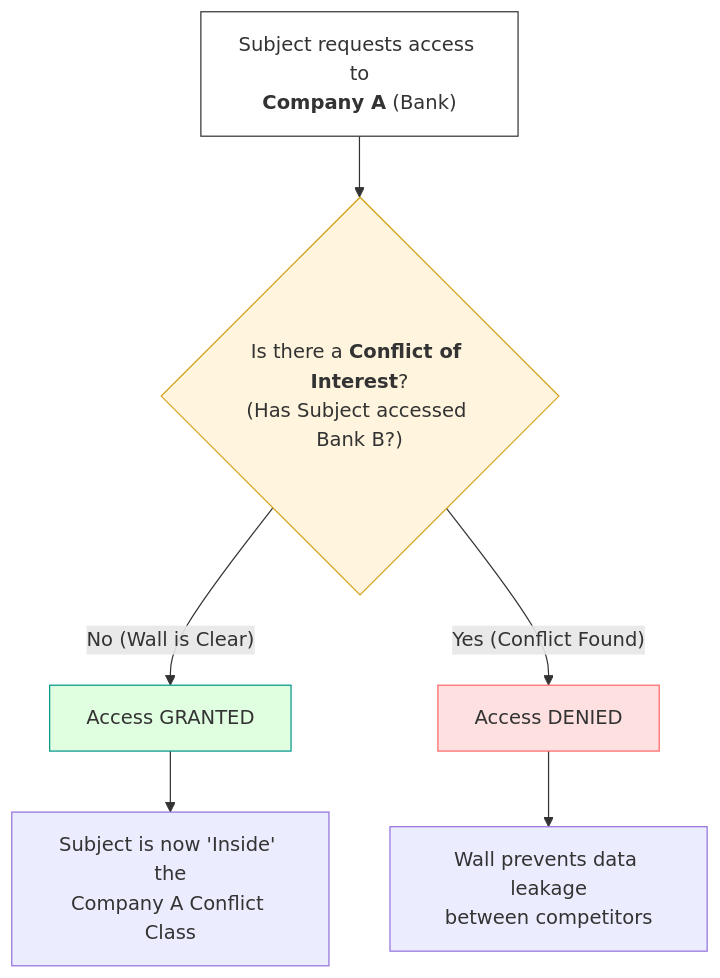
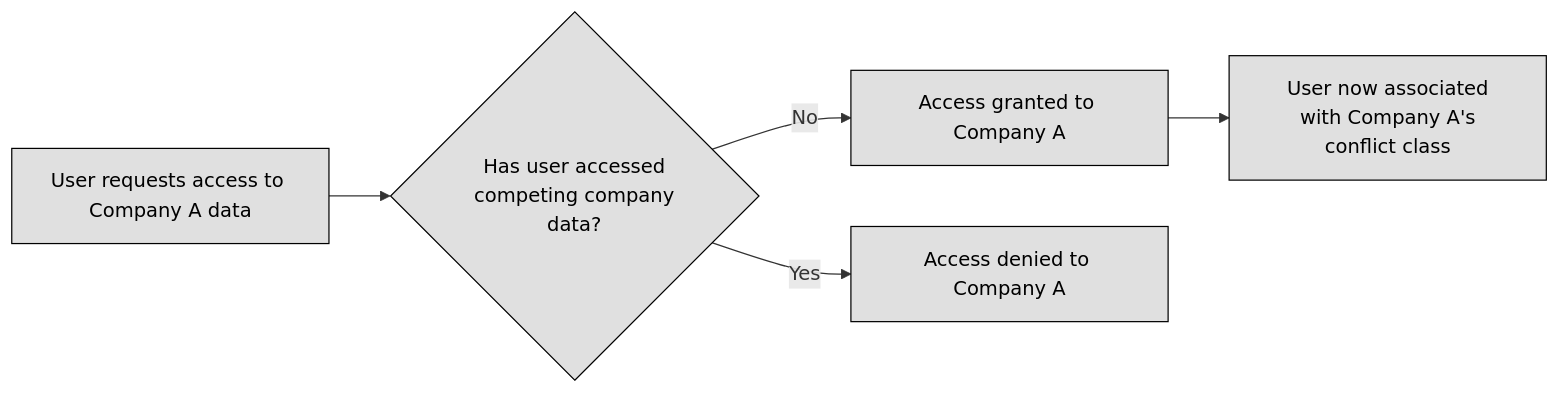
Diagram 13 of 15 in DOMAIN3: Security Architecture and Engineering/3.02 Understand the fundamental concepts of security models (e.g. Biba, Star Model, Bell Lapadula).md (lorenzoleonelli/CISSP-Zero-to-Hero), drawn with Mermaid before and after one commit. The commit also changed other lines of this file, not shown here.

````diff
--- a/DOMAIN3: Security Architecture and Engineering/3.02 Understand the fundamental concepts of security models (e.g. Biba, Star Model, Bell Lapadula).md
+++ b/DOMAIN3: Security Architecture and Engineering/3.02 Understand the fundamental concepts of security models (e.g. Biba, Star Model, Bell Lapadula).md
@@ -525,15 +482,11 @@
 ```mermaid
-flowchart TD
-    A["Subject requests access to<br/><b>Company A</b> (Bank)"] --> B{"Is there a <b>Conflict of Interest</b>?<br/>(Has Subject accessed Bank B?)"}
-    
-    B -- "No (Wall is Clear)" --> C["Access GRANTED"]
-    C --> D["Subject is now 'Inside' the<br/>Company A Conflict Class"]
-    
-    B -- "Yes (Conflict Found)" --> E["Access DENIED"]
-    E --> F["Wall prevents data leakage<br/>between competitors"]
+flowchart LR
+    A[User requests access to Company A data] --> B{Has user accessed<br> competing company data?}
+    B -- No --> C[Access granted to Company A]
+    C --> D[User now associated<br> with Company A's conflict class]
+    B -- Yes --> E[Access denied to Company A]
 
-    style A fill:#fff,stroke:#333
-    style C fill:#e0ffe0,stroke:#009688
-    style E fill:#ffe0e0,stroke:#f66
-    style B fill:#fff4dd,stroke:#d4a017
+    classDef center fill:#ffffff,color:#000000,stroke:#000000,stroke-width:1px,font-weight:bold
+    classDef node fill:#e0e0e0,color:#000000,stroke:#000000,stroke-width:1px
+
 ```
````
